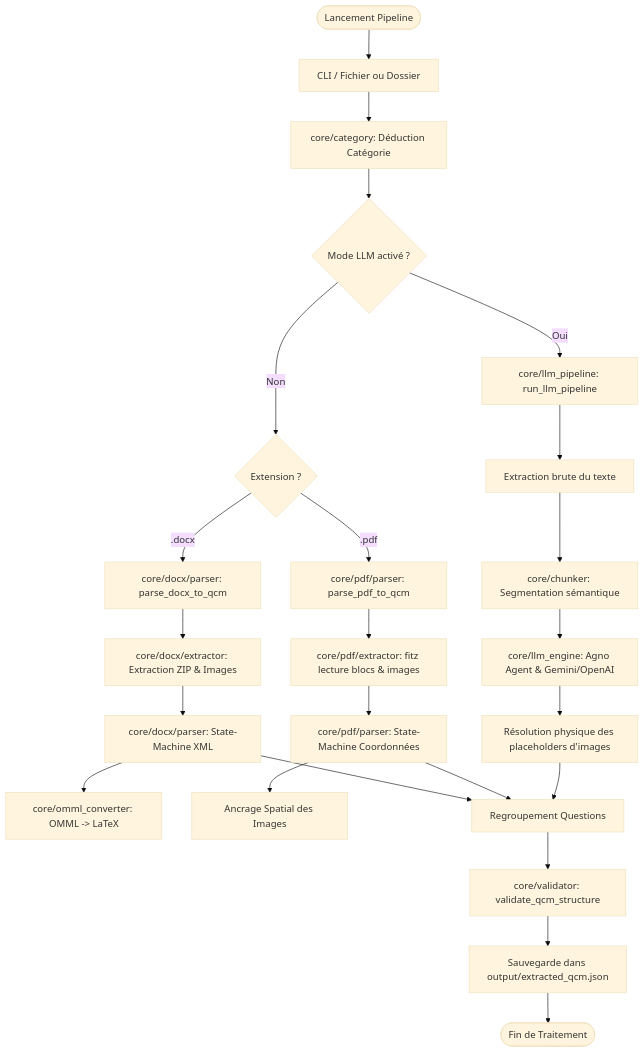
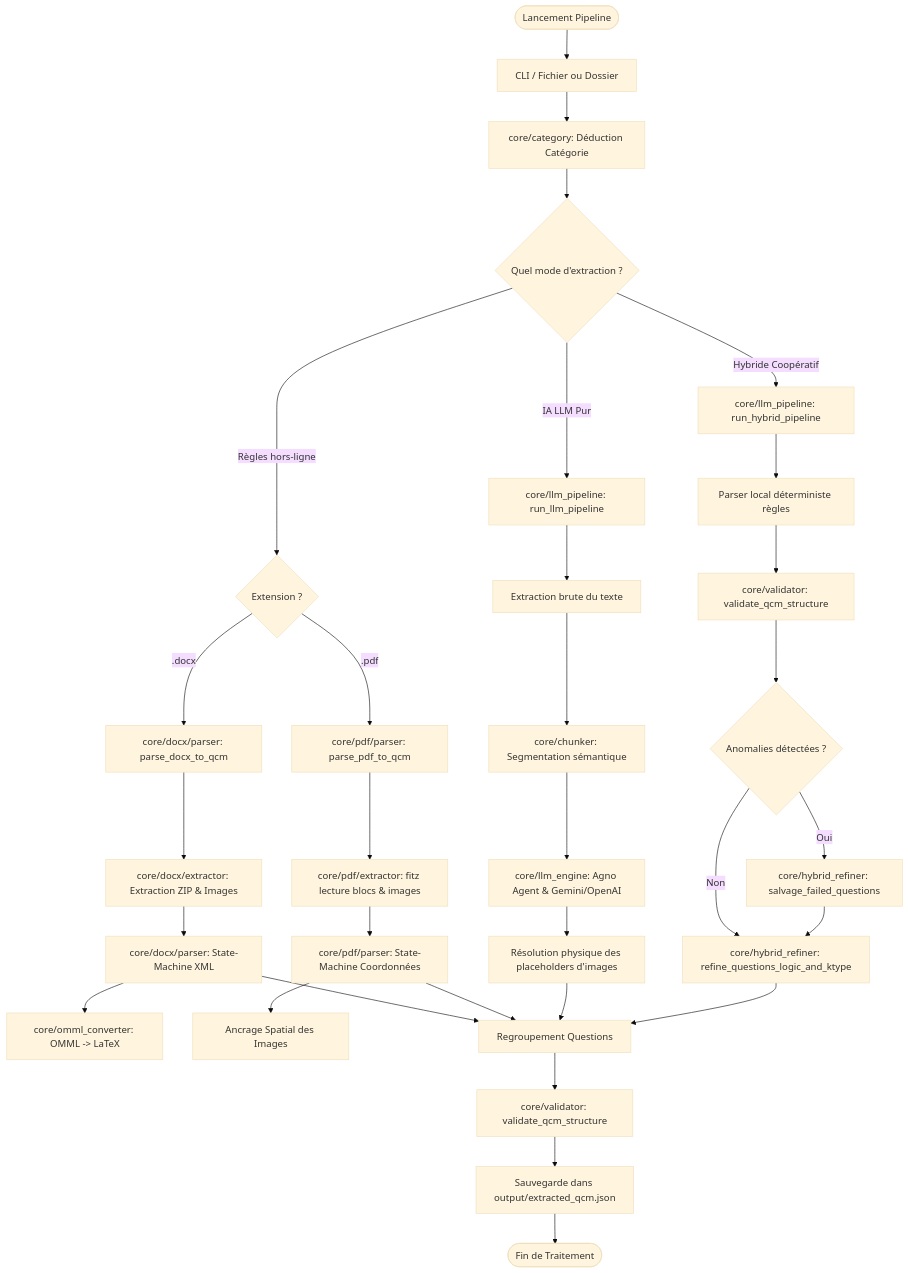
The second of 3 diagrams in README.md (redabens/medextract), drawn with Mermaid (base theme) before and after one commit. The commit also changed other lines of this file and 5 other files, not shown here.

First line of the commit message:
feat(hybrid-extraction): resolve layout parsing anomalies and draft layout-independent evolution plan

````diff
--- a/README.md
+++ b/README.md
@@ -87,35 +95,46 @@
 ```mermaid
 flowchart TD
     Start([Lancement Pipeline]) --> CommandInput[CLI / Fichier ou Dossier]
     CommandInput --> DeduceCat[core/category: Déduction Catégorie]
-    DeduceCat --> ModeCheck{Mode LLM activé ?}
+    DeduceCat --> ModeCheck{Quel mode d'extraction ?}
     
     %% Mode Règles
-    ModeCheck -->|Non| RulesCheck{Extension ?}
+    ModeCheck -->|Règles hors-ligne| RulesCheck{Extension ?}
     RulesCheck -->|.docx| DOCXRules[core/docx/parser: parse_docx_to_qcm]
     RulesCheck -->|.pdf| PDFRules[core/pdf/parser: parse_pdf_to_qcm]
     
     DOCXRules --> DOCXZip[core/docx/extractor: Extraction ZIP & Images]
     DOCXZip --> DOCX_SM[core/docx/parser: State-Machine XML]
     DOCX_SM --> MathML[core/omml_converter: OMML -> LaTeX]
     
     PDFRules --> PDFSpatial[core/pdf/extractor: fitz lecture blocs & images]
     PDFSpatial --> PDF_SM[core/pdf/parser: State-Machine Coordonnées]
     PDF_SM --> PDFAnchors[Ancrage Spatial des Images]
     
-    %% Mode LLM
-    ModeCheck -->|Oui| LLMPipe[core/llm_pipeline: run_llm_pipeline]
+    %% Mode LLM Pur
+    ModeCheck -->|IA LLM Pur| LLMPipe[core/llm_pipeline: run_llm_pipeline]
     LLMPipe --> RawExtract[Extraction brute du texte]
     RawExtract --> Chunker[core/chunker: Segmentation sémantique]
     Chunker --> AgnoEngine[core/llm_engine: Agno Agent & Gemini/OpenAI]
     AgnoEngine --> ResolveImages[Résolution physique des placeholders d'images]
-
+    
+    %% Mode Hybride
+    ModeCheck -->|Hybride Coopératif| HybridPipe[core/llm_pipeline: run_hybrid_pipeline]
+    HybridPipe --> LocalParse[Parser local déterministe règles]
+    LocalParse --> ValidatorCheck[core/validator: validate_qcm_structure]
+    ValidatorCheck --> AnomaliesCheck{Anomalies détectées ?}
+    
+    AnomaliesCheck -->|Oui| SalvageAgent[core/hybrid_refiner: salvage_failed_questions]
+    AnomaliesCheck -->|Non| RefineLogic[core/hybrid_refiner: refine_questions_logic_and_ktype]
+    SalvageAgent --> RefineLogic
+    
     %% Validation & Fin
     DOCX_SM --> Combine[Regroupement Questions]
     PDF_SM --> Combine
     ResolveImages --> Combine
+    RefineLogic --> Combine
     
     Combine --> Validation[core/validator: validate_qcm_structure]
     Validation --> Save[Sauvegarde dans output/extracted_qcm.json]
     Save --> End([Fin de Traitement])
 ```
````
